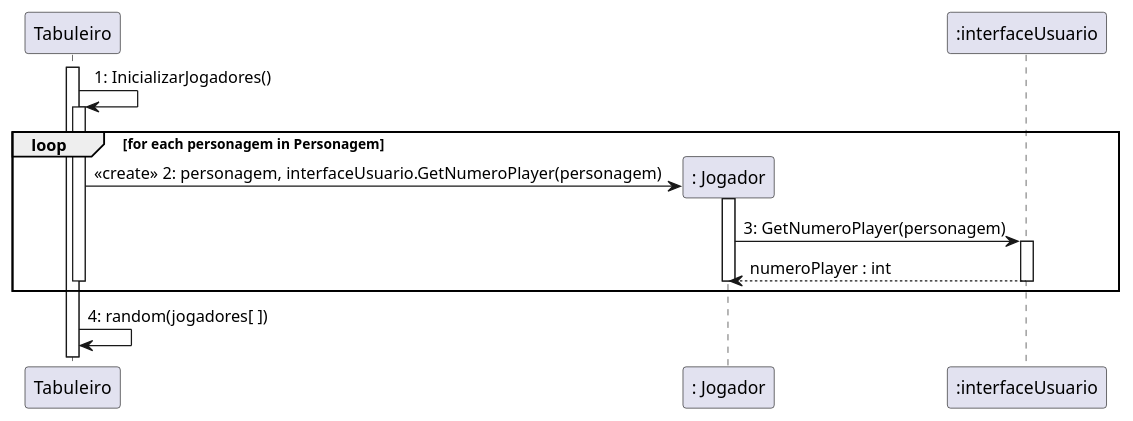
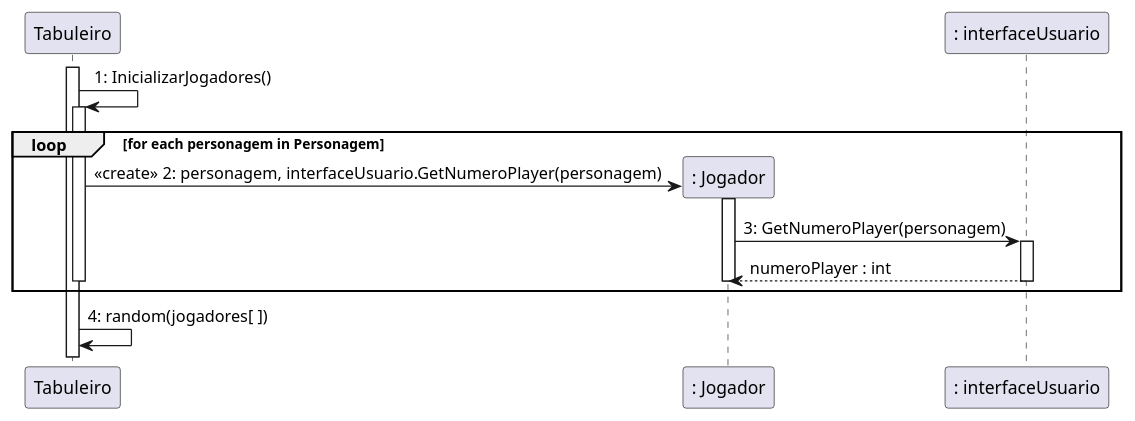
One commit to rogerpcto/ProjetoDeSoftware-UFF changed the diagram in Documentação/diagrama-de-sequencia-Inicializa-jogadores.plantuml. Above: the diagram before and after it, drawn with PlantUML. The commit also changed 1 other file, not shown here.

```diff
--- a/Documentação/diagrama-de-sequencia-Inicializa-jogadores.plantuml
+++ b/Documentação/diagrama-de-sequencia-Inicializa-jogadores.plantuml
@@ -1,19 +1,19 @@
 @startuml
-Activate Tabuleiro
+activate Tabuleiro
+
 ":Tabuleiro" as Tabuleiro -> Tabuleiro : 1: InicializarJogadores()
 
 Create ": Jogador" as Jogador
 loop for each personagem in Personagem
-    activate Tabuleiro
+        activate Tabuleiro
         Tabuleiro -> Jogador : <<create>> 2: personagem, interfaceUsuario.GetNumeroPlayer(personagem)
-        activate Jogador
-        
-            Jogador-> ":interfaceUsuario" as GUI : 3: GetNumeroPlayer(personagem) 
-            Activate GUI
+            activate Jogador
+            Jogador-> ": interfaceUsuario" as GUI : 3: GetNumeroPlayer(personagem) 
+            activate GUI
             Jogador <-- GUI : numeroPlayer : int
-            Deactivate GUI
-        Deactivate Jogador
-    Deactivate Tabuleiro   
+            deactivate GUI
+        deactivate Jogador
+    deactivate Tabuleiro   
 end loop
 Tabuleiro -> Tabuleiro : 4: random(jogadores[ ])
 @enduml
```
